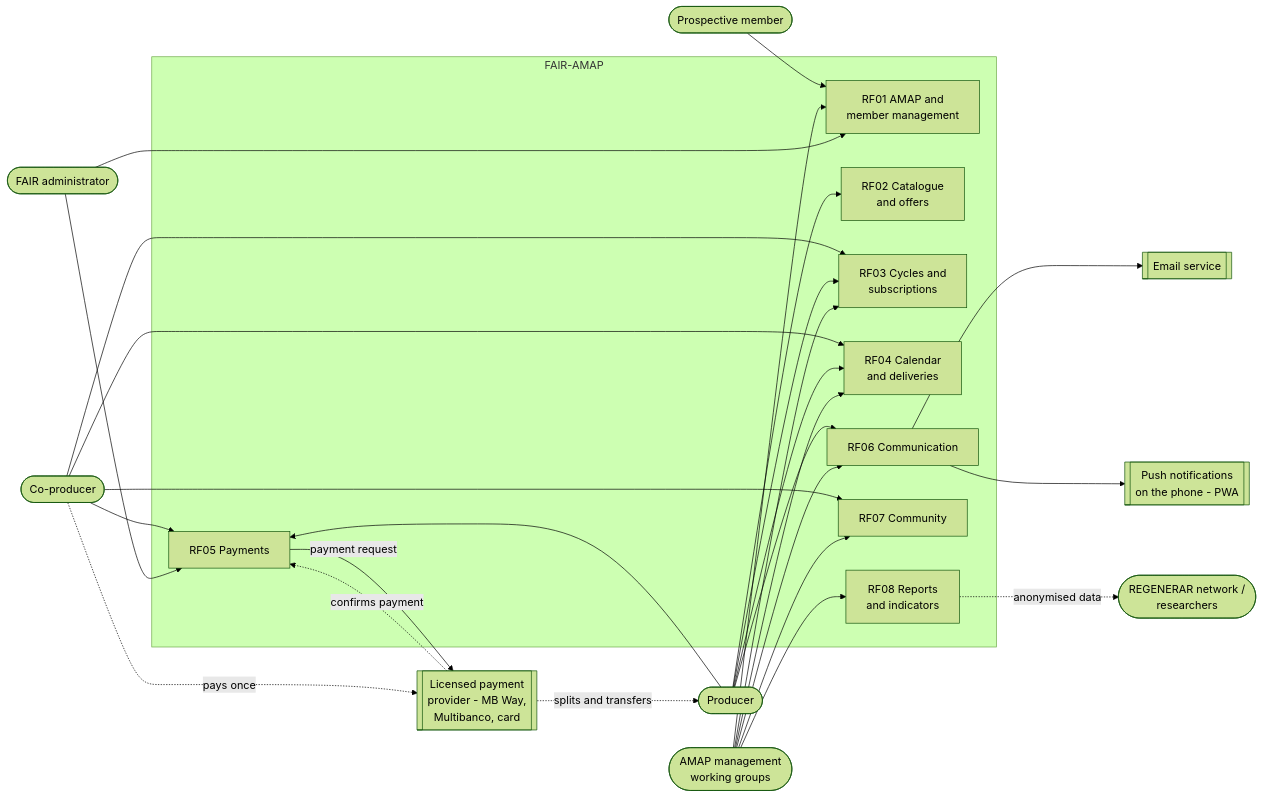
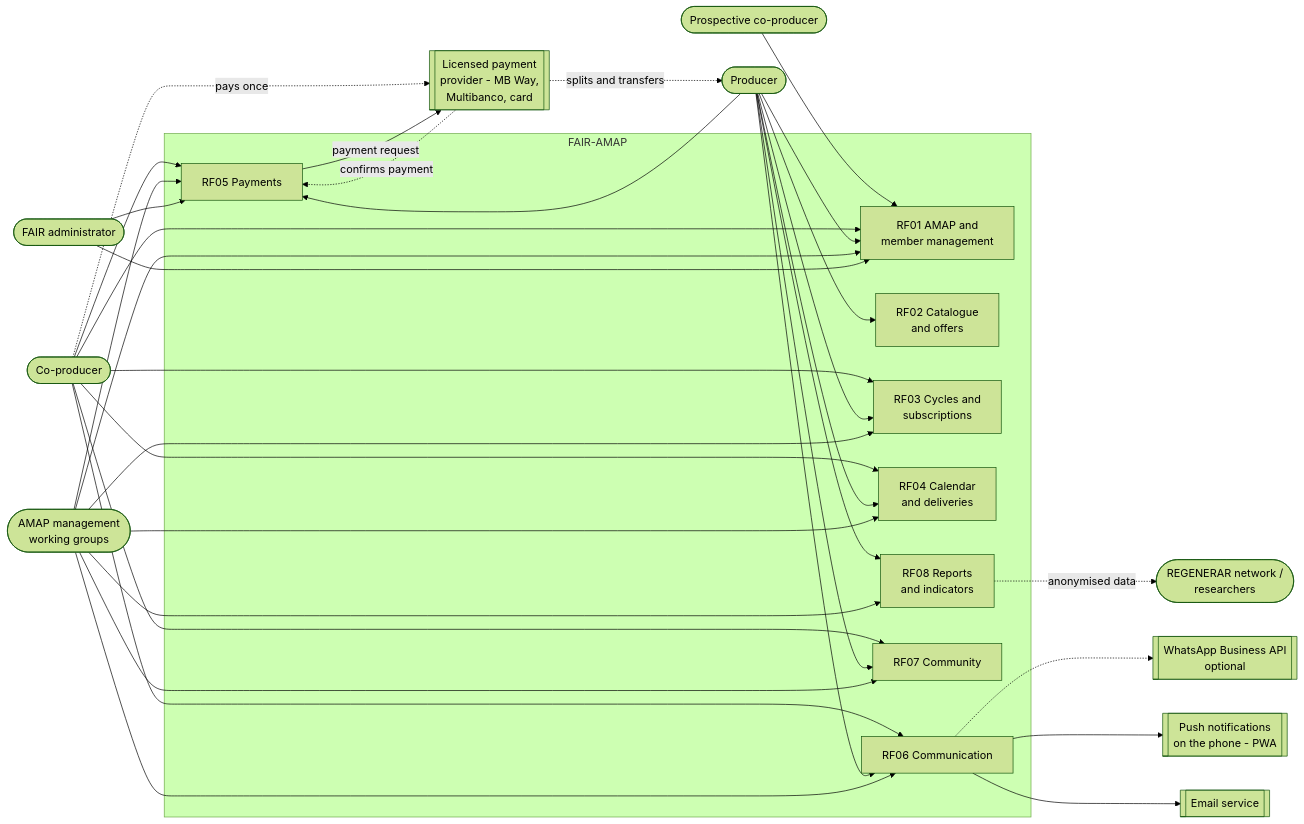
Before and after one commit to BrunoAlvees/engreq_2627_G02: the diagram in docs/requisitos/diagramas/DiagramaContextoEN.md, drawn with Mermaid (forest theme). The commit also changed other lines of this file and 3 other files, not shown here.

Commit message:
Diagrama Contexto

````diff
--- a/docs/requisitos/diagramas/DiagramaContextoEN.md
+++ b/docs/requisitos/diagramas/DiagramaContextoEN.md
@@ -9,36 +9,38 @@
 ```mermaid
 flowchart LR
-    INT([Prospective member])
+    INT([Prospective co-producer])
     COP([Co-producer])
     PROD([Producer])
     GEST([AMAP management<br/>working groups])
     ADM([FAIR administrator])
     INV([REGENERAR network /<br/>researchers])
 
     subgraph FAIR["FAIR-AMAP"]
         MEM[RF01 AMAP and<br/>member management]
         CAT[RF02 Catalogue<br/>and offers]
         SUB[RF03 Cycles and<br/>subscriptions]
         ENT[RF04 Calendar<br/>and deliveries]
         PAG[RF05 Payments]
         COM[RF06 Communication]
         CMD[RF07 Community]
         REL[RF08 Reports<br/>and indicators]
     end
 
     EMAIL[[Email service]]
     PUSH[[Push notifications<br/>on the phone - PWA]]
+    WA[[WhatsApp Business API<br/>optional]]
     PSP[[Licensed payment<br/>provider - MB Way,<br/>Multibanco, card]]
 
     INT --> MEM
-    COP --> SUB & ENT & PAG & CMD
-    PROD --> CAT & SUB & ENT & PAG & COM
-    GEST --> MEM & SUB & ENT & COM & CMD & REL
+    COP --> MEM & SUB & ENT & PAG & COM & CMD
+    PROD --> MEM & CAT & SUB & ENT & PAG & COM & CMD & REL
+    GEST --> MEM & SUB & ENT & PAG & COM & CMD & REL
     ADM --> MEM & PAG
     REL -. anonymised data .-> INV
     COM --> EMAIL & PUSH
+    COM -.-> WA
     PAG -- payment request --> PSP
     COP -. pays once .-> PSP
     PSP -. confirms payment .-> PAG
     PSP -. splits and transfers .-> PROD
 ```
````
